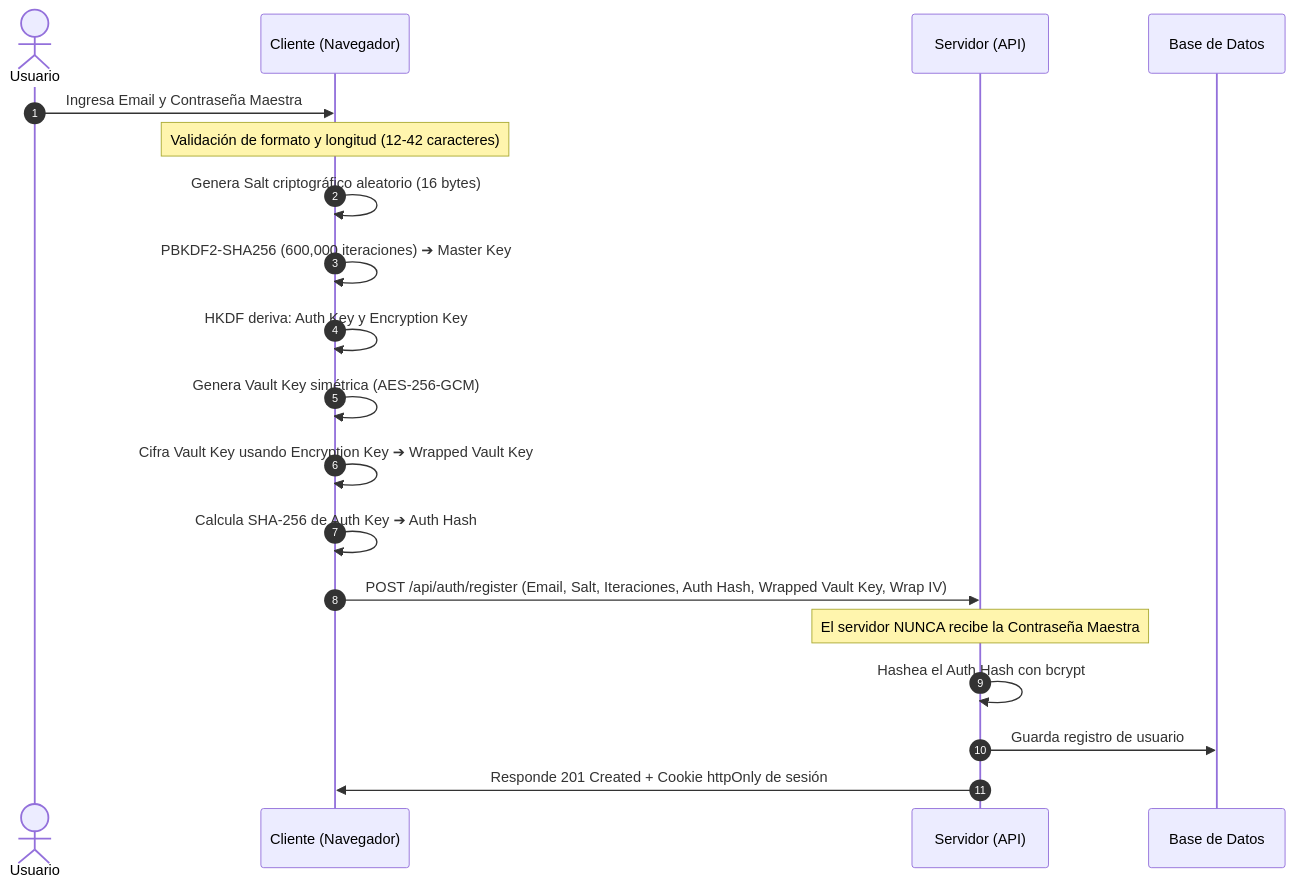
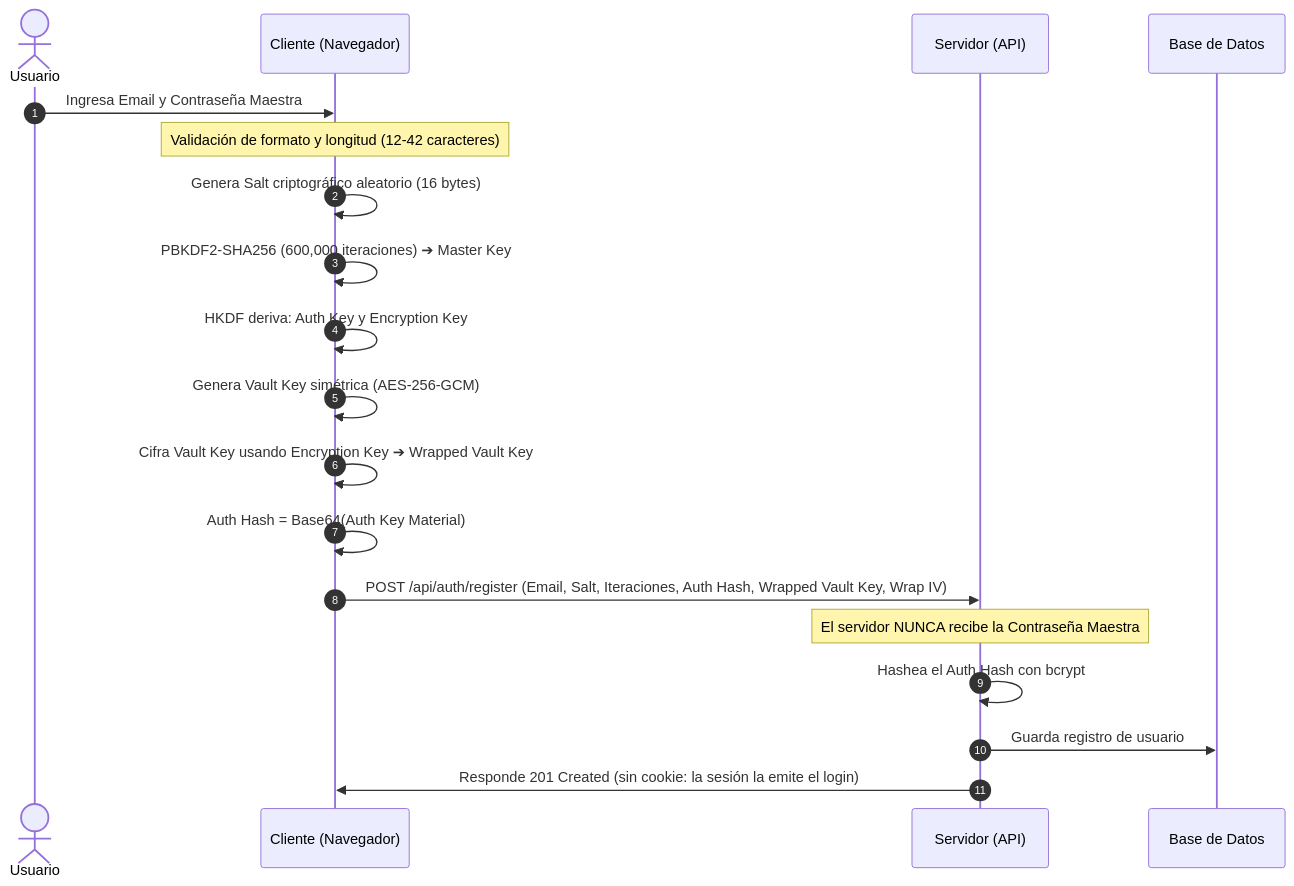
One commit to Ikersk/Gestor_de_contrase-as_IS2 changed the second of 6 diagrams in PROCESOS_DEL_SISTEMA.md. Above: the diagram before and after it, drawn with Mermaid. The commit also changed other lines of this file and 21 other files, not shown here.

````diff
--- a/PROCESOS_DEL_SISTEMA.md
+++ b/PROCESOS_DEL_SISTEMA.md
@@ -70,22 +70,22 @@
 ```mermaid
 sequenceDiagram
     autonumber
     actor U as Usuario
     participant C as Cliente (Navegador)
     participant S as Servidor (API)
     participant DB as Base de Datos
 
     U->>C: Ingresa Email y Contraseña Maestra
     Note over C: Validación de formato y longitud (12-42 caracteres)
     C->>C: Genera Salt criptográfico aleatorio (16 bytes)
     C->>C: PBKDF2-SHA256 (600,000 iteraciones) ➔ Master Key
     C->>C: HKDF deriva: Auth Key y Encryption Key
     C->>C: Genera Vault Key simétrica (AES-256-GCM)
     C->>C: Cifra Vault Key usando Encryption Key ➔ Wrapped Vault Key
-    C->>C: Calcula SHA-256 de Auth Key ➔ Auth Hash
+    C->>C: Auth Hash = Base64(Auth Key Material)
     C->>S: POST /api/auth/register (Email, Salt, Iteraciones, Auth Hash, Wrapped Vault Key, Wrap IV)
     Note over S: El servidor NUNCA recibe la Contraseña Maestra
     S->>S: Hashea el Auth Hash con bcrypt
     S->>DB: Guarda registro de usuario
-    S->>C: Responde 201 Created + Cookie httpOnly de sesión
+    S->>C: Responde 201 Created (sin cookie: la sesión la emite el login)
 ```
````
